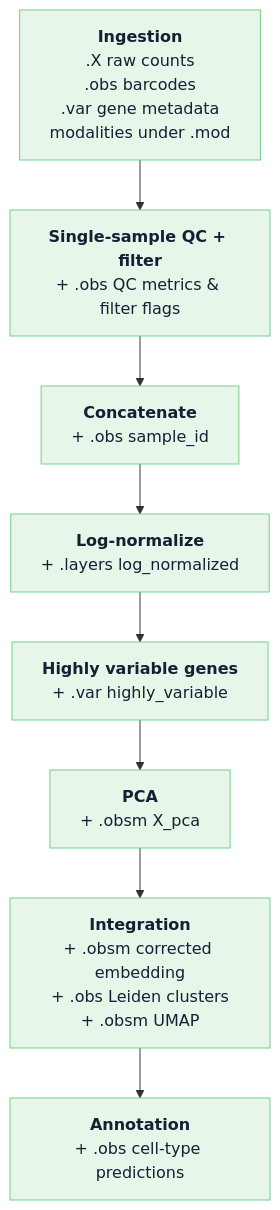
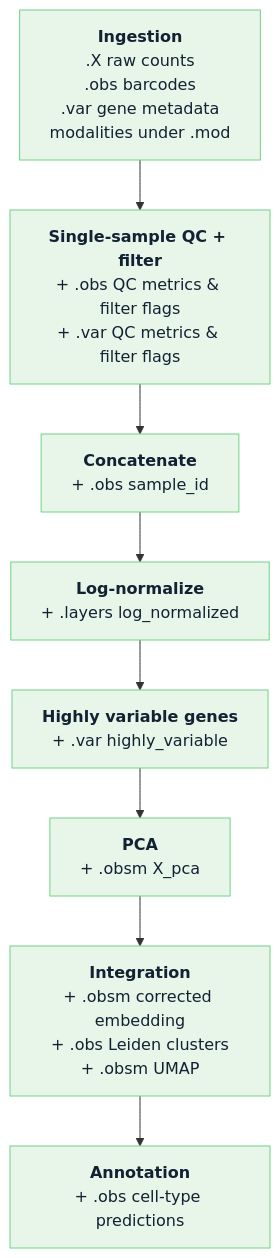
Before and after one commit to openpipelines-bio/openpipeline_docs: the third of 3 diagrams in concepts/data-state.qmd, drawn with Mermaid. The commit also changed other lines of this file and 6 other files, not shown here.

````diff
--- a/concepts/data-state.qmd
+++ b/concepts/data-state.qmd
@@ -150,17 +177,17 @@
 ```{mermaid}
 %%| label: fig-object-fills
 %%| fig-cap: "The same object accumulating results. Each stage adds a slot rather than replacing the data; the raw counts in .X survive all the way through."
 flowchart TD
   classDef add fill:#e8f5e9,stroke:#70d287,color:#123
 
   ing["<b>Ingestion</b><br>.X raw counts<br>.obs barcodes<br>.var gene metadata<br>modalities under .mod"]:::add
-  ss["<b>Single-sample QC + filter</b><br>+ .obs QC metrics &amp; filter flags"]:::add
+  ss["<b>Single-sample QC + filter</b><br>+ .obs QC metrics &amp; filter flags<br>+ .var QC metrics &amp; filter flags"]:::add
   cat["<b>Concatenate</b><br>+ .obs sample_id"]:::add
   norm["<b>Log-normalize</b><br>+ .layers log_normalized"]:::add
   hvg["<b>Highly variable genes</b><br>+ .var highly_variable"]:::add
   pca["<b>PCA</b><br>+ .obsm X_pca"]:::add
   intg["<b>Integration</b><br>+ .obsm corrected embedding<br>+ .obs Leiden clusters<br>+ .obsm UMAP"]:::add
   ann["<b>Annotation</b><br>+ .obs cell-type predictions"]:::add
 
   ing --> ss --> cat --> norm --> hvg --> pca --> intg --> ann
 ```
````
